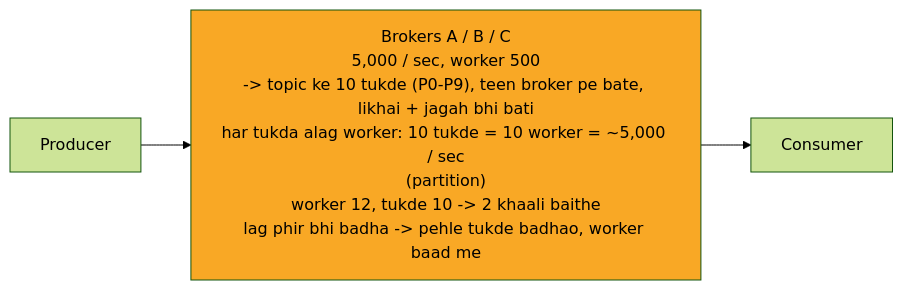
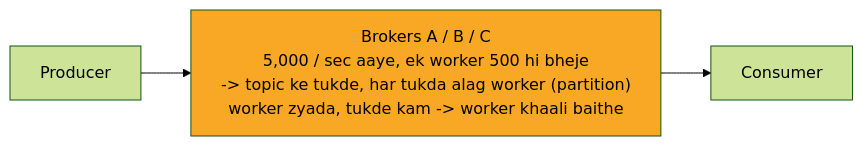
The diagram in 04_HLD/SYSTEM_DESIGNS/12_message_queue_kafka/img/c2.mmd (ArpanMaheshwari144/Prep), drawn with Mermaid (forest theme) before and after one commit. The commit also changed 182 other files, not shown here.

```diff
--- a/04_HLD/SYSTEM_DESIGNS/12_message_queue_kafka/img/c2.mmd
+++ b/04_HLD/SYSTEM_DESIGNS/12_message_queue_kafka/img/c2.mmd
@@ -1,8 +1,8 @@
 %%{init: {"flowchart": {"wrappingWidth": 450}}}%%
 flowchart LR
     n_P["Producer"]
-    n_B["Brokers A / B / C<br/>5,000 / sec, worker 500<br/>-> topic ke 10 tukde (P0-P9), teen broker pe bate, likhai + jagah bhi bati<br/>har tukda alag worker: 10 tukde = 10 worker = ~5,000 / sec<br/>(partition)<br/>worker 12, tukde 10 -> 2 khaali baithe<br/>lag phir bhi badha -> pehle tukde badhao, worker baad me"]
+    n_B["Brokers A / B / C<br/>5,000 / sec aaye, ek worker 500 hi bheje<br/>-> topic ke tukde, har tukda alag worker (partition)<br/>worker zyada, tukde kam -> worker khaali baithe"]
     n_C["Consumer"]
     n_P --> n_B
     n_B --> n_C
     style n_B fill:#f9a825,color:#000
```
